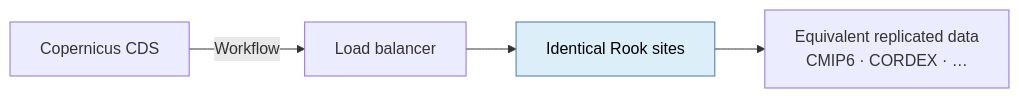
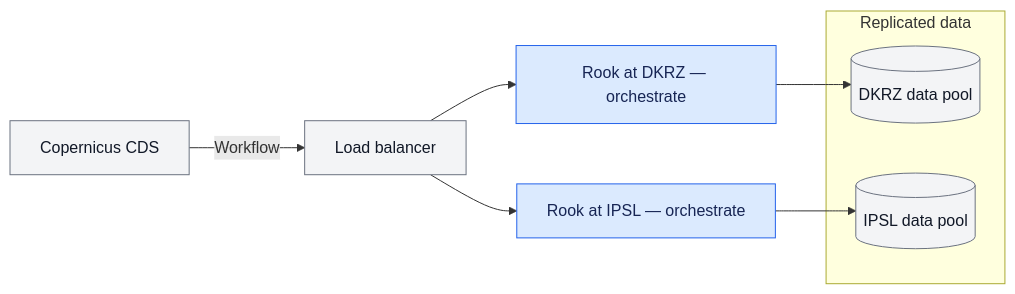
Before and after one commit to roocs/rook: the third of 11 diagrams in Rook_WPS_ESGF2_talk_draft.md, drawn with Mermaid. The commit also changed other lines of this file and 12 other files, not shown here.

````diff
--- a/Rook_WPS_ESGF2_talk_draft.md
+++ b/Rook_WPS_ESGF2_talk_draft.md
@@ -97,8 +108,16 @@
 ```mermaid
 flowchart LR
     CDS["Copernicus CDS"] -->|"Workflow"| LB["Load balancer"]
-    LB --> Rook["Identical Rook sites"]
-    Rook --> Data["Equivalent replicated data<br/>CMIP6 · CORDEX · …"]
-
-    style Rook fill:#dceef8,stroke:#457b9d,color:#000
+    LB --> DKRZ["Rook at DKRZ — orchestrate"]
+    LB --> IPSL["Rook at IPSL — orchestrate"]
+    subgraph Replicated["Replicated data"]
+        DataDKRZ[("DKRZ data pool")]
+        DataIPSL[("IPSL data pool")]
+    end
+    DKRZ --> DataDKRZ
+    IPSL --> DataIPSL
+    classDef default fill:#f3f4f6,stroke:#6b7280,color:#111827
+    classDef rook fill:#dbeafe,stroke:#2563eb,color:#172554
+    classDef new fill:#fef3c7,stroke:#b45309,color:#451a03
+    class DKRZ,IPSL rook
 ```
````
